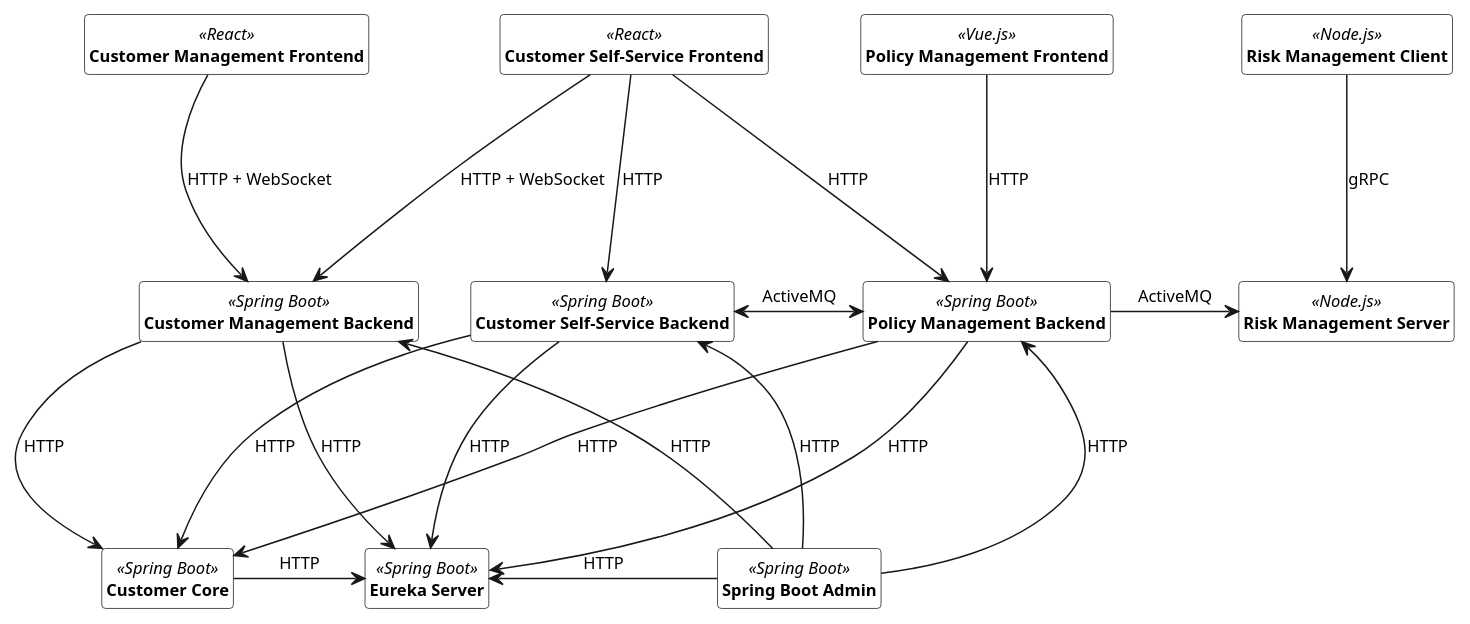
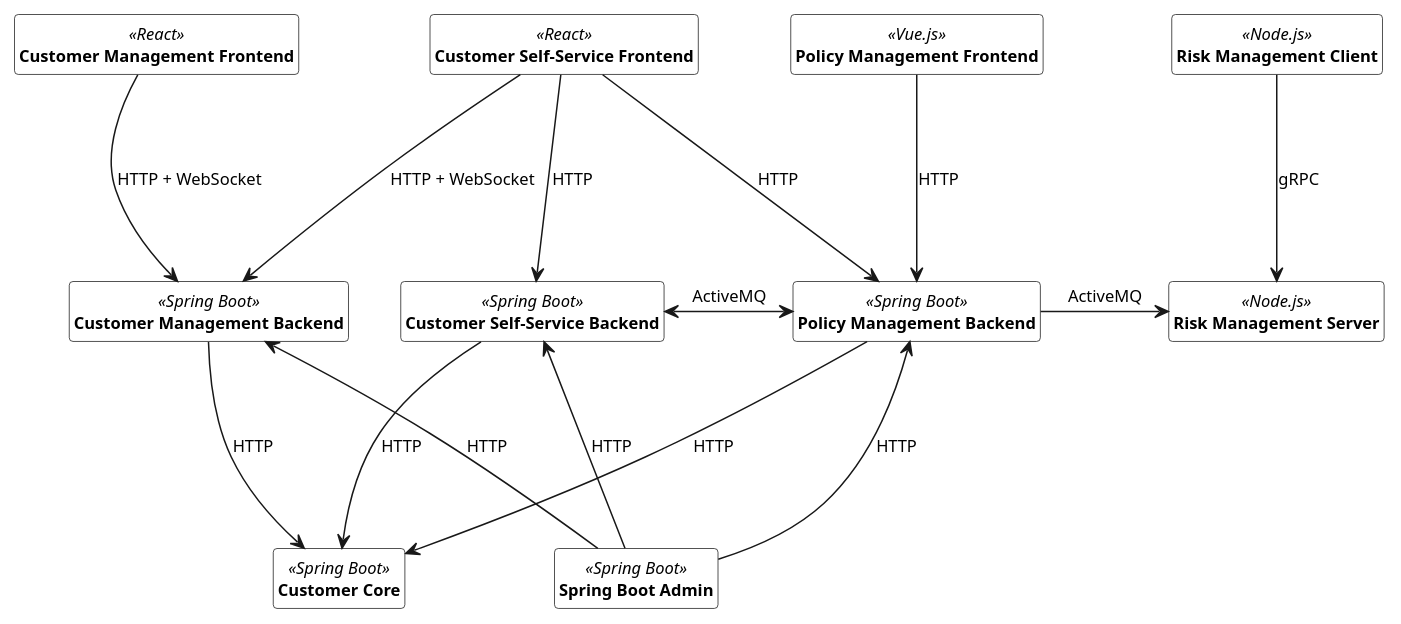
Before and after one commit to Microservice-API-Patterns/LakesideMutual: the diagram in resources/overview-diagram.puml, drawn with PlantUML. The commit also changed 37 other files, not shown here.

```diff
--- a/resources/overview-diagram.puml
+++ b/resources/overview-diagram.puml
@@ -1,43 +1,37 @@
 @startuml
 skinparam monochrome true
 skinparam ClassBackgroundColor White
 hide empty members
 hide circle
 skinparam defaultFontName Arial
 skinparam defaultFontSize 11
 skinparam classfontstyle bold
 
 class "Customer Core" as CC <<Spring Boot>>
 class "Customer Management Backend" as CMB <<Spring Boot>>
 class "Customer Management Frontend" as CMF <<React>>
 class "Customer Self-Service Backend" as CCB <<Spring Boot>>
 class "Customer Self-Service Frontend" as CCF <<React>>
 class "Policy Management Backend" as PMB <<Spring Boot>>
 class "Policy Management Frontend" as PMF <<Vue.js>>
 class "Risk Management Server" as RMS <<Node.js>>
 class "Risk Management Client" as RMC <<Node.js>>
 class "Spring Boot Admin" as SBA <<Spring Boot>>
-class "Eureka Server" as ES <<Spring Boot>>
 
 PMB -down--> CC : HTTP
 CCB -down--> CC : HTTP
 CMB -down--> CC : HTTP
-PMB -down--> ES : HTTP
-CCB -down--> ES : HTTP
-CMB -down--> ES : HTTP
-CC -right--> ES : HTTP
-SBA -left--> ES : HTTP
 CMF -down--> CMB : HTTP + WebSocket
 CMF -[hidden]> CCF
 CMB -[hidden]> CCB
 CCF -down--> CMB : HTTP + WebSocket
 CCF -down--> CCB : HTTP
 CCF -down--> PMB : HTTP
 PMF -down--> PMB : HTTP
 RMC -down--> RMS : gRPC  
 PMB -right--> RMS : ActiveMQ
 CCB <--right--> PMB : ActiveMQ
 SBA -up--> CMB : HTTP
 SBA -up--> CCB : HTTP
 SBA -up--> PMB : HTTP
 @enduml
```
